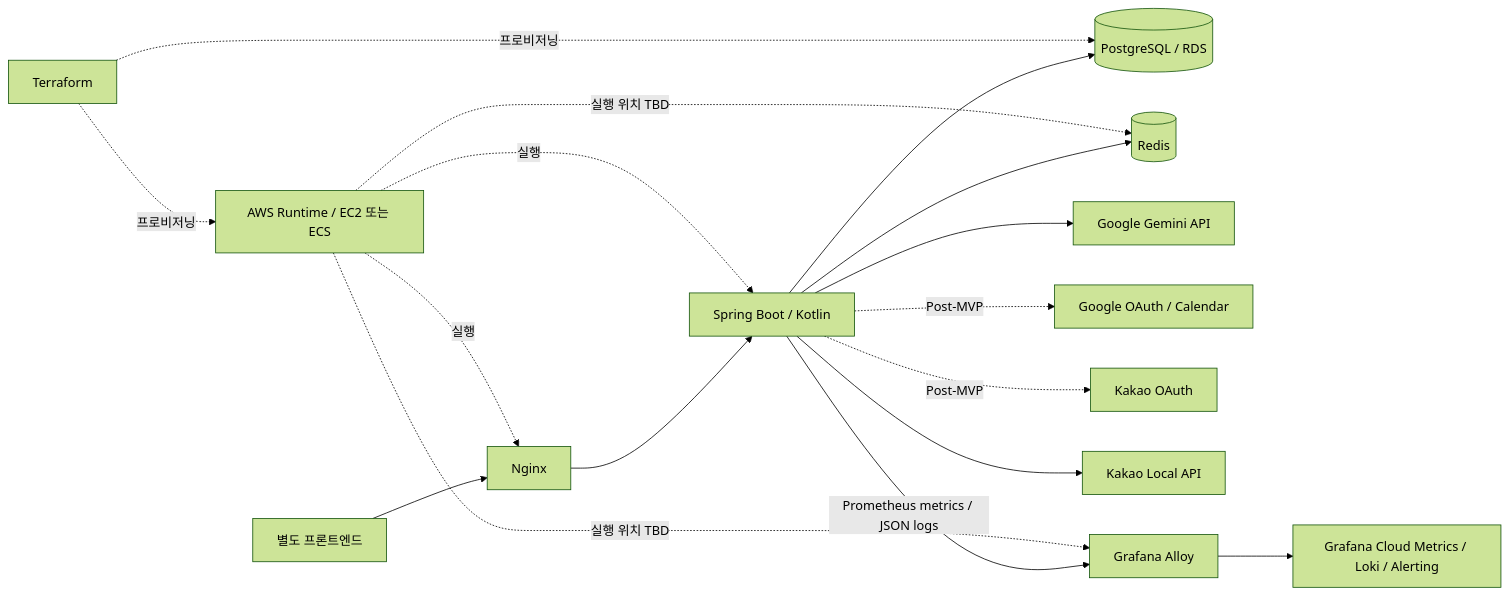
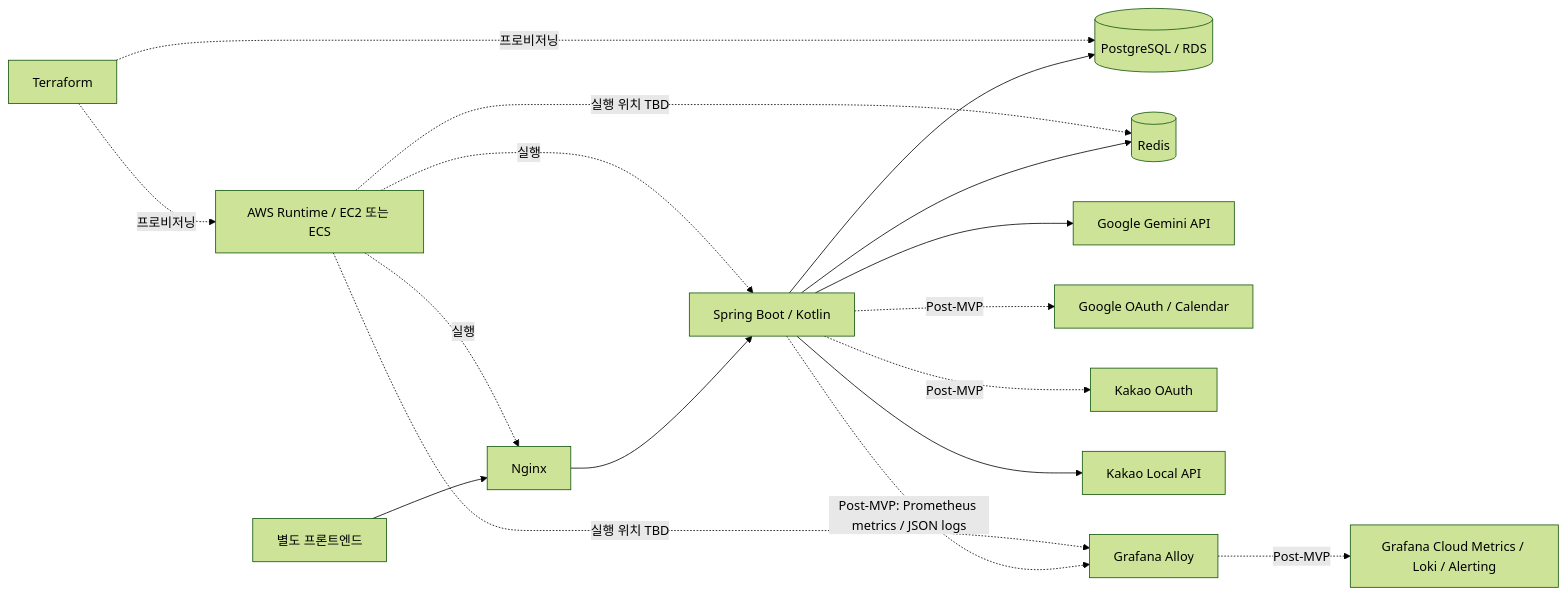
One commit to meet-me-duo/meet-me-server changed the diagram in docs/ARCHITECTURE.md. Above: the diagram before and after it, drawn with Mermaid (forest theme). The commit also changed other lines of this file and 62 other files, not shown here.

````diff
--- a/docs/ARCHITECTURE.md
+++ b/docs/ARCHITECTURE.md
@@ -43,21 +43,21 @@
 ```mermaid
 flowchart LR
     Client[별도 프론트엔드] --> Nginx[Nginx]
     Nginx --> App[Spring Boot / Kotlin]
 
     App --> Postgres[(PostgreSQL / RDS)]
     App --> Redis[(Redis)]
     App --> Gemini[Google Gemini API]
     App -. Post-MVP .-> Google[Google OAuth / Calendar]
     App -. Post-MVP .-> Kakao[Kakao OAuth]
     App --> Map[Kakao Local API]
-    App -->|Prometheus metrics / JSON logs| Alloy[Grafana Alloy]
-    Alloy --> GrafanaCloud[Grafana Cloud Metrics / Loki / Alerting]
+    App -. Post-MVP: Prometheus metrics / JSON logs .-> Alloy[Grafana Alloy]
+    Alloy -. Post-MVP .-> GrafanaCloud[Grafana Cloud Metrics / Loki / Alerting]
 
     Terraform[Terraform] -. 프로비저닝 .-> Runtime[AWS Runtime / EC2 또는 ECS]
     Terraform -. 프로비저닝 .-> Postgres
     Runtime -. 실행 .-> Nginx
     Runtime -. 실행 .-> App
     Runtime -. 실행 위치 TBD .-> Redis
     Runtime -. 실행 위치 TBD .-> Alloy
 ```
````
